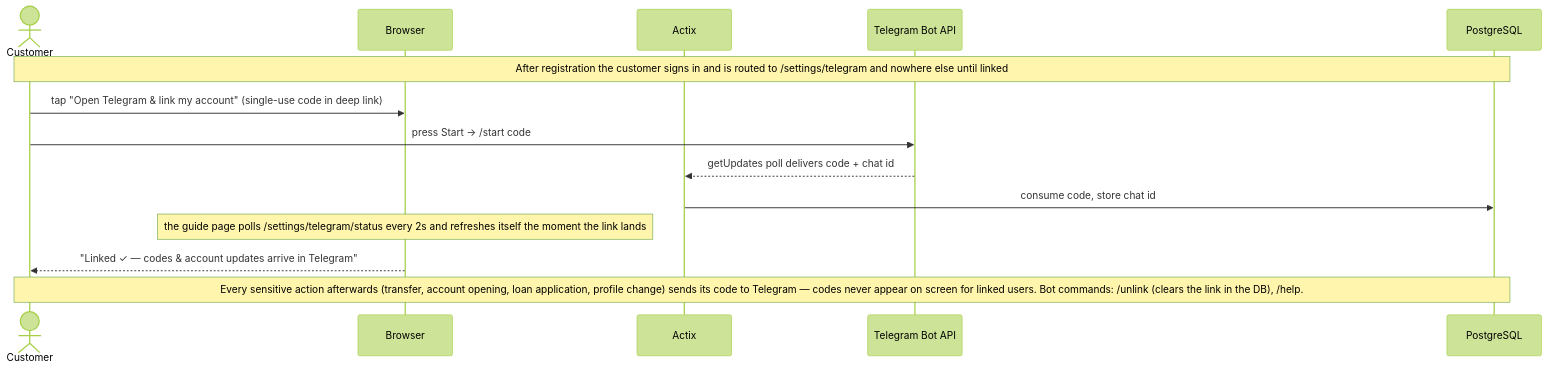
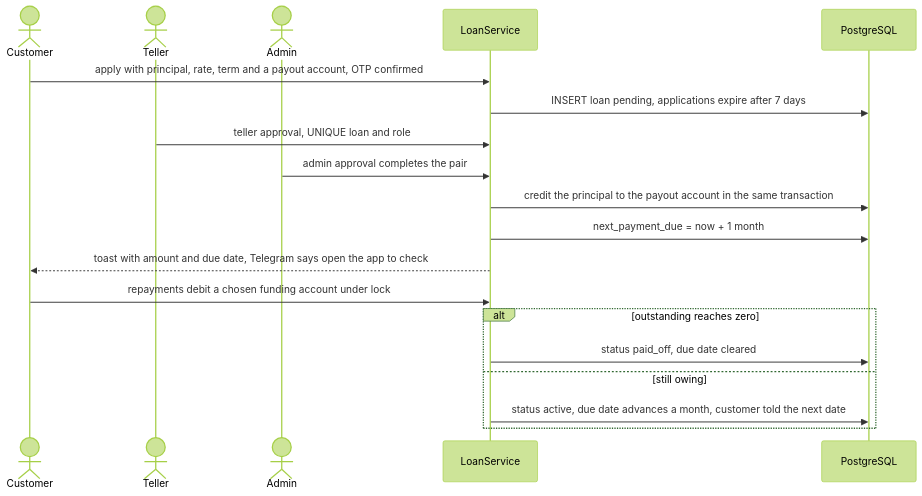
Before and after one commit to cthyuiii/FerroBank: the eighth of 14 diagrams in docs/FLOWS.md, drawn with Mermaid (forest theme). The commit also changed other lines of this file and 61 other files, not shown here.

````diff
--- a/docs/FLOWS.md
+++ b/docs/FLOWS.md
@@ -219,18 +191,22 @@
 ```mermaid
 sequenceDiagram
-    actor U as Customer
-    participant B as Browser
-    participant A as Actix
-    participant TG as Telegram Bot API
+    actor C as Customer
+    actor T as Teller
+    actor AD as Admin
+    participant S as LoanService
     participant P as PostgreSQL
 
-    Note over U,P: After registration the customer signs in and is routed to /settings/telegram and nowhere else until linked
-    U->>B: tap "Open Telegram & link my account" (single-use code in deep link)
-    U->>TG: press Start → /start code
-    TG-->>A: getUpdates poll delivers code + chat id
-    A->>P: consume code, store chat id
-    Note over B: the guide page polls /settings/telegram/status every 2s and refreshes itself the moment the link lands
-    B-->>U: "Linked ✓ — codes & account updates arrive in Telegram"
-
-    Note over U,P: Every sensitive action afterwards (transfer, account opening, loan application, profile change) sends its code to Telegram — codes never appear on screen for linked users. Bot commands: /unlink (clears the link in the DB), /help.
+    C->>S: apply with principal, rate, term and a payout account, OTP confirmed
+    S->>P: INSERT loan pending, applications expire after 7 days
+    T->>S: teller approval, UNIQUE loan and role
+    AD->>S: admin approval completes the pair
+    S->>P: credit the principal to the payout account in the same transaction
+    S->>P: next_payment_due = now + 1 month
+    S-->>C: toast with amount and due date, Telegram says open the app to check
+    C->>S: repayments debit a chosen funding account under lock
+    alt outstanding reaches zero
+        S->>P: status paid_off, due date cleared
+    else still owing
+        S->>P: status active, due date advances a month, customer told the next date
+    end
 ```
````
